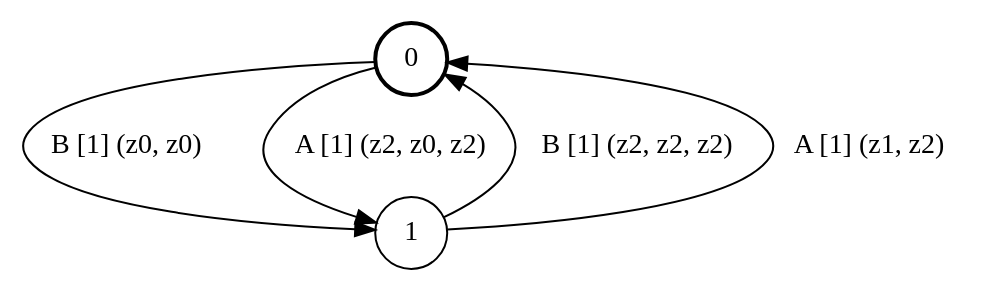
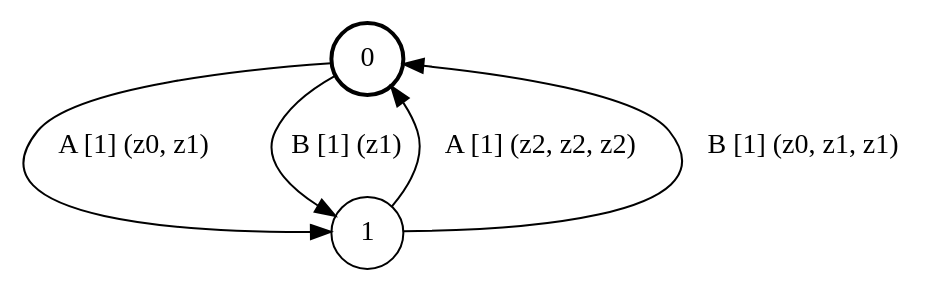
One commit to ulyantsev/EFSM-tools changed the diagram in qbf/testing/fsm_2s2e3a.dot. Above: the diagram before and after it, drawn with Graphviz. The commit also changed 812 other files, not shown here.

```diff
--- a/qbf/testing/fsm_2s2e3a.dot
+++ b/qbf/testing/fsm_2s2e3a.dot
@@ -1,10 +1,10 @@
 # generated file, don't try to modify
 # command: dot -Tpng <filename> > tree.png
 digraph Automaton {
     node [shape = circle];
     0 [style = "bold"];
-    0 -> 1 [label = "B [1] (z0, z0) "];
-    0 -> 1 [label = "A [1] (z2, z0, z2) "];
-    1 -> 0 [label = "B [1] (z2, z2, z2) "];
-    1 -> 0 [label = "A [1] (z1, z2) "];
+    0 -> 1 [label = "A [1] (z0, z1) "];
+    0 -> 1 [label = "B [1] (z1) "];
+    1 -> 0 [label = "A [1] (z2, z2, z2) "];
+    1 -> 0 [label = "B [1] (z0, z1, z1) "];
 }
```
